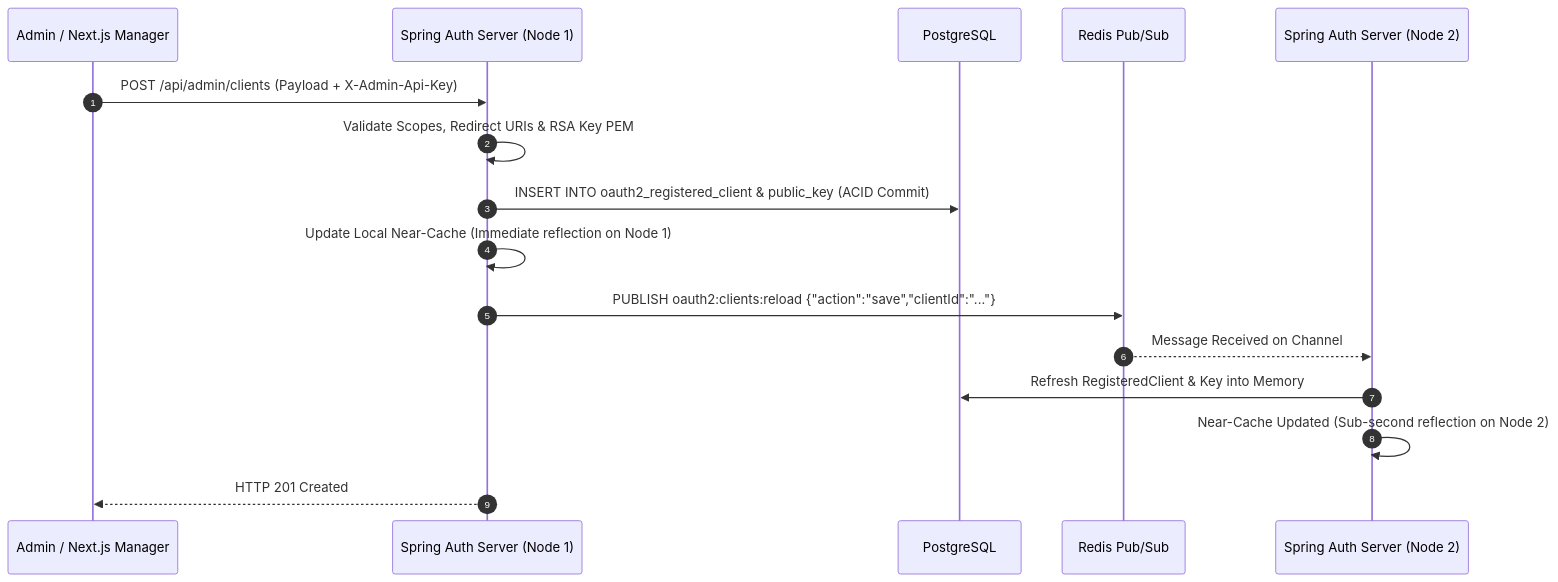
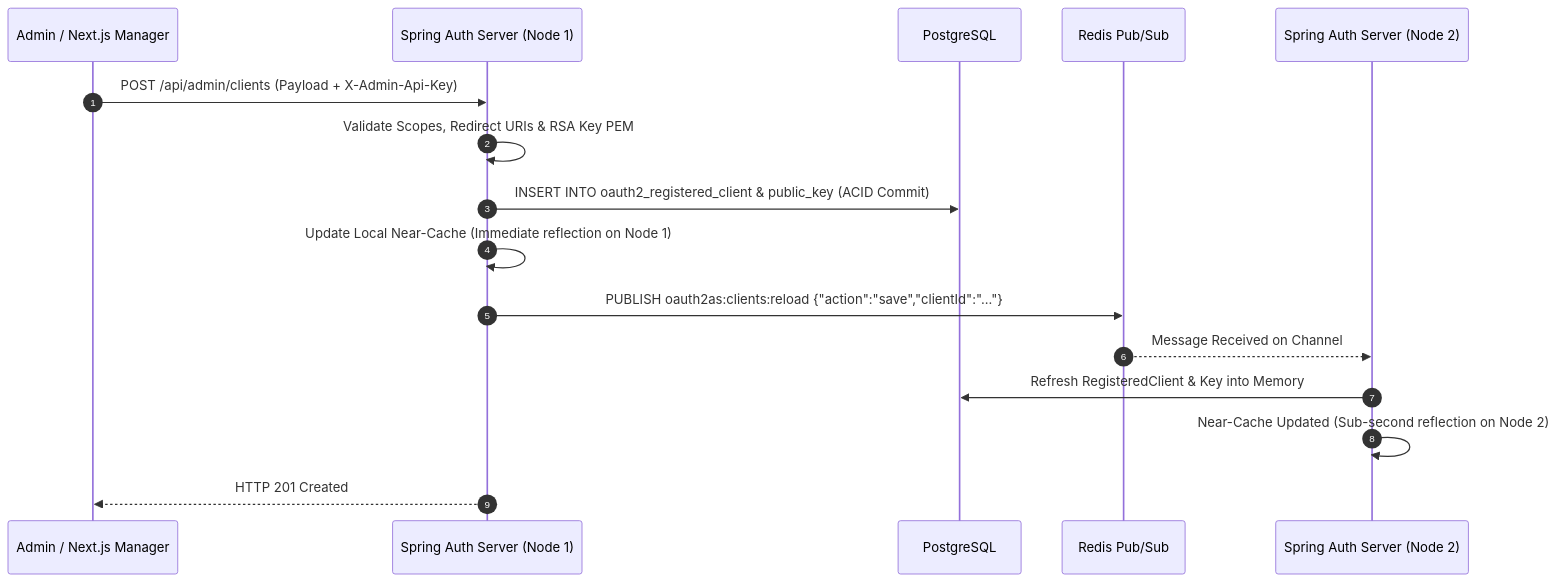
One commit to shoeyn/oauth-server changed the second of 2 diagrams in docs/architecture/postgres_persistence_and_performance.md. Above: the diagram before and after it, drawn with Mermaid. The commit also changed other lines of this file and 26 other files, not shown here.

````diff
--- a/docs/architecture/postgres_persistence_and_performance.md
+++ b/docs/architecture/postgres_persistence_and_performance.md
@@ -132,19 +132,19 @@
 ```mermaid
 sequenceDiagram
     autonumber
     participant Admin as Admin / Next.js Manager
     participant Java as Spring Auth Server (Node 1)
     participant PG as PostgreSQL
     participant Redis as Redis Pub/Sub
     participant Node2 as Spring Auth Server (Node 2)
 
     Admin->>Java: POST /api/admin/clients (Payload + X-Admin-Api-Key)
     Java->>Java: Validate Scopes, Redirect URIs & RSA Key PEM
     Java->>PG: INSERT INTO oauth2_registered_client & public_key (ACID Commit)
     Java->>Java: Update Local Near-Cache (Immediate reflection on Node 1)
-    Java->>Redis: PUBLISH oauth2:clients:reload {"action":"save","clientId":"..."}
+    Java->>Redis: PUBLISH oauth2as:clients:reload {"action":"save","clientId":"..."}
     Redis-->>Node2: Message Received on Channel
     Node2->>PG: Refresh RegisteredClient & Key into Memory
     Node2->>Node2: Near-Cache Updated (Sub-second reflection on Node 2)
     Java-->>Admin: HTTP 201 Created
 ```
````
